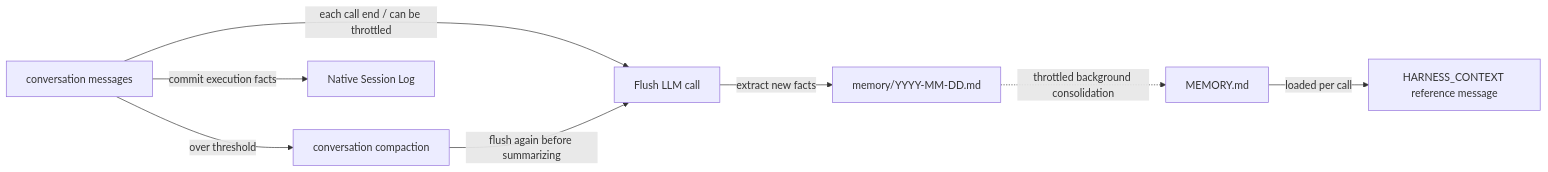
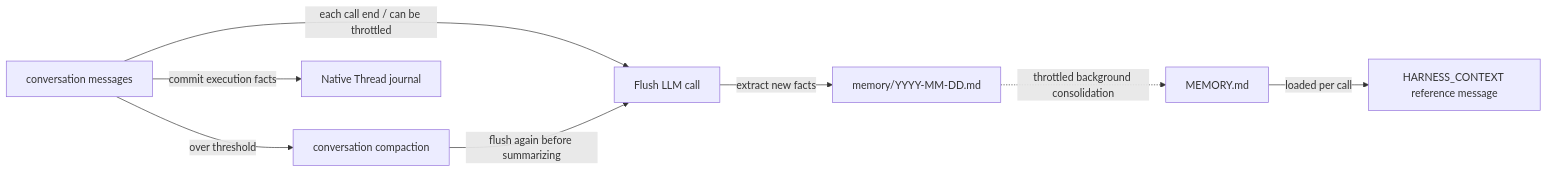
Before and after one commit to agentscope-ai/agentscope-java: the diagram in docs/v2/en/docs/harness/memory.md, drawn with Mermaid. The commit also changed other lines of this file and 4515 other files, not shown here.

````diff
--- a/docs/v2/en/docs/harness/memory.md
+++ b/docs/v2/en/docs/harness/memory.md
@@ -35,11 +35,11 @@
 ```mermaid
 graph LR
     Conv["conversation messages"]
     Conv -->|each call end / can be throttled| Flush["Flush LLM call"]
     Flush -->|extract new facts| Daily["memory/YYYY-MM-DD.md"]
     Conv -->|over threshold| Compactor["conversation compaction"]
-    Conv -->|commit execution facts| Sess["Native Session Log"]
+    Conv -->|commit execution facts| Sess["Native Thread journal"]
     Compactor -->|flush again before summarizing| Flush
     Daily -. throttled background consolidation .-> MEM["MEMORY.md"]
     MEM -->|loaded per call| SYS["HARNESS_CONTEXT reference message"]
 ```
````
